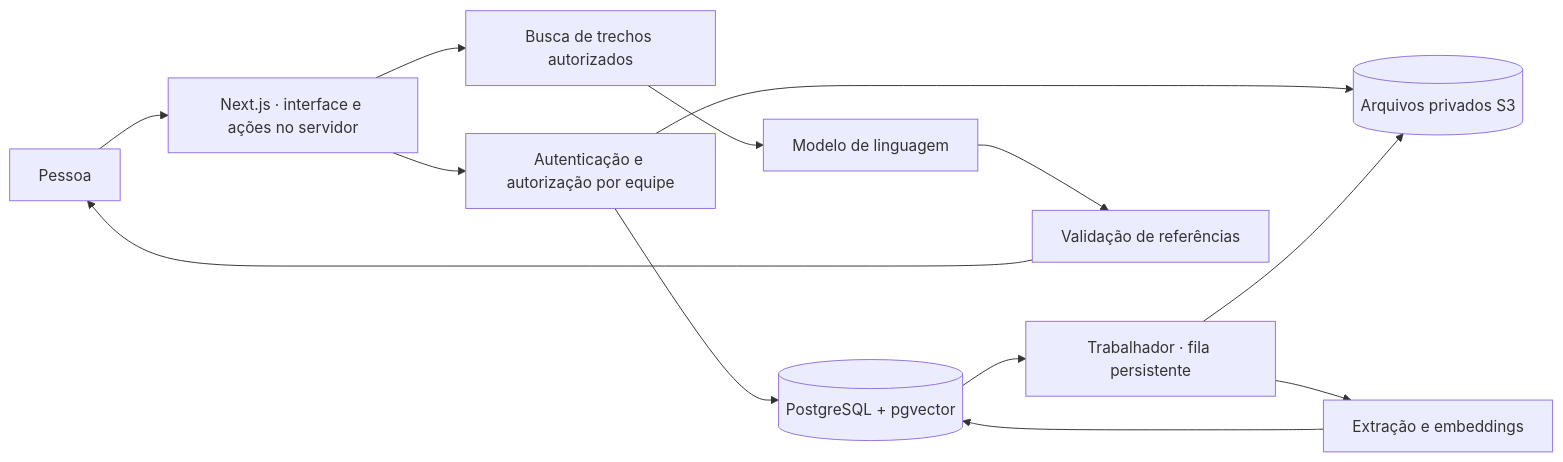
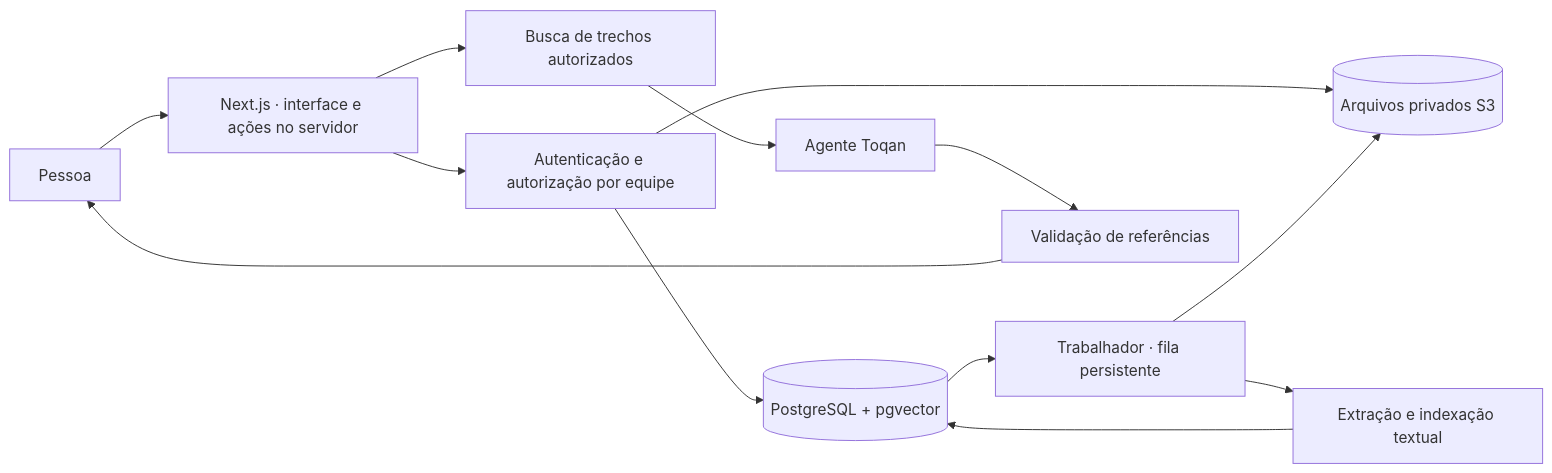
The diagram in README.md (alucardtdrk/knowflow-ai), drawn with Mermaid before and after one commit. The commit also changed other lines of this file and 35 other files, not shown here.

Commit message:
feat: complete Toqan workspace flows and refine application UI

````diff
--- a/README.md
+++ b/README.md
@@ -95,15 +99,15 @@
 ```mermaid
 flowchart LR
   U[Pessoa] --> N[Next.js · interface e ações no servidor]
   N --> A[Autenticação e autorização por equipe]
   A --> P[(PostgreSQL + pgvector)]
   A --> S[(Arquivos privados S3)]
   P --> J[Trabalhador · fila persistente]
   J --> S
-  J --> E[Extração e embeddings]
+  J --> E[Extração e indexação textual]
   E --> P
   N --> R[Busca de trechos autorizados]
-  R --> L[Modelo de linguagem]
+  R --> L[Agente Toqan]
   L --> V[Validação de referências]
   V --> U
 ```
````
